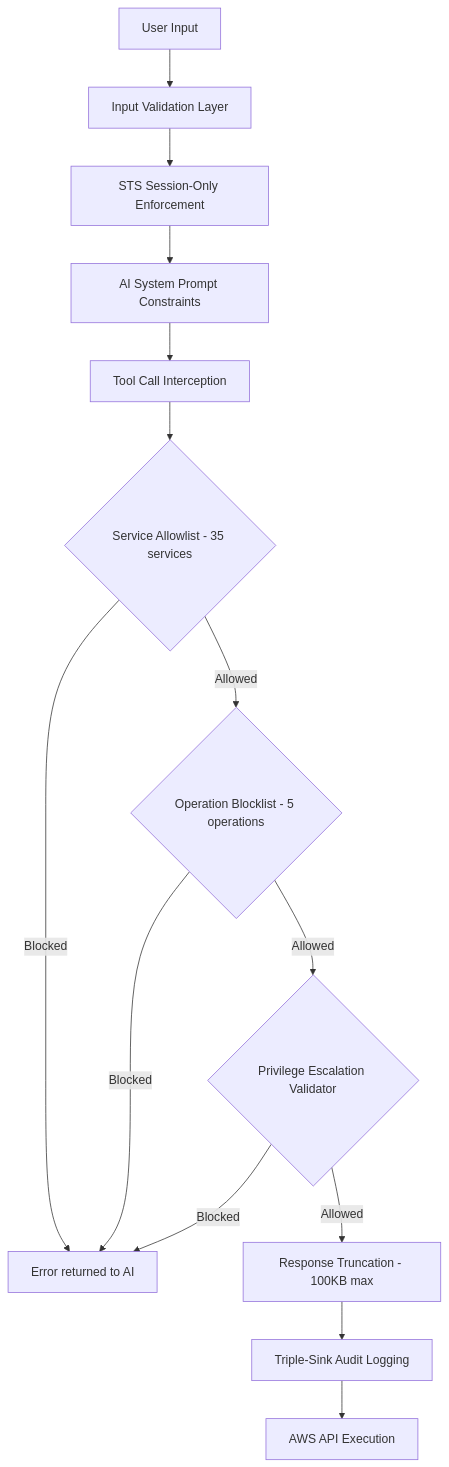
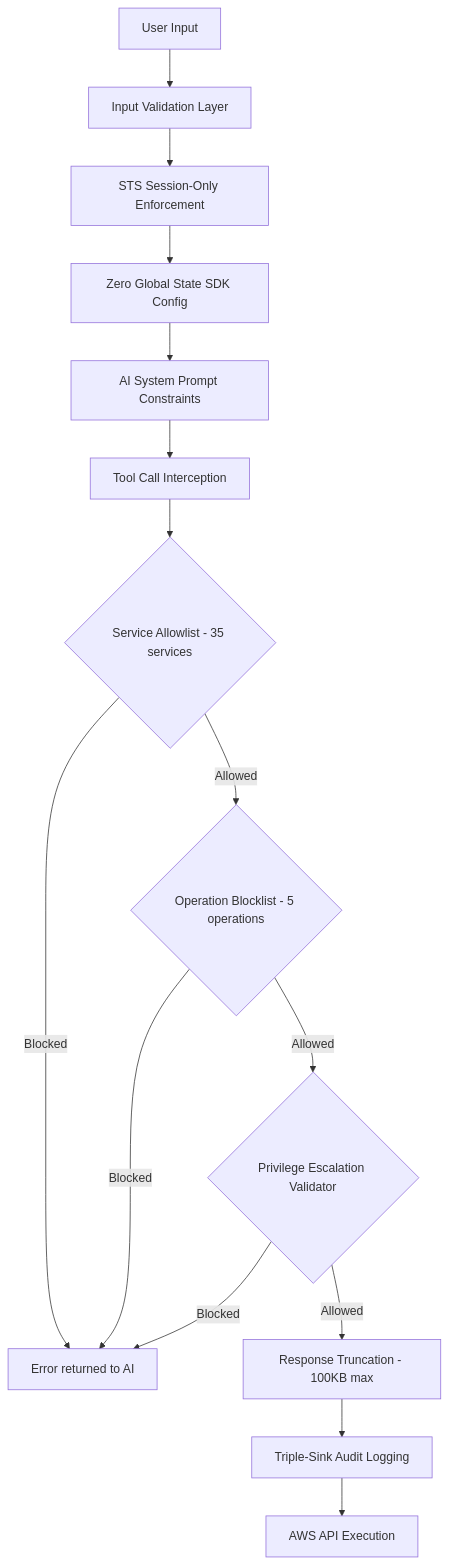
The ninth of 43 diagrams in TECHNICAL_DOCUMENTATION.md (ritvikindupuri/aws-ai-agent), drawn with Mermaid before and after one commit. The commit also changed other lines of this file and 3 other files, not shown here.

````diff
--- a/TECHNICAL_DOCUMENTATION.md
+++ b/TECHNICAL_DOCUMENTATION.md
@@ -903,16 +903,17 @@
 ```mermaid
 flowchart TD
     A[User Input] --> B[Input Validation Layer]
     B --> C[STS Session-Only Enforcement]
-    C --> D[AI System Prompt Constraints]
+    C --> Z[Zero Global State SDK Config]
+    Z --> D[AI System Prompt Constraints]
     D --> E[Tool Call Interception]
     E --> F{Service Allowlist - 35 services}
     F -- Blocked --> G[Error returned to AI]
     F -- Allowed --> H{Operation Blocklist - 5 operations}
     H -- Blocked --> G
     H -- Allowed --> I{Privilege Escalation Validator}
     I -- Blocked --> G
     I -- Allowed --> J[Response Truncation - 100KB max]
     J --> K[Triple-Sink Audit Logging]
     K --> L[AWS API Execution]
 ```
````
